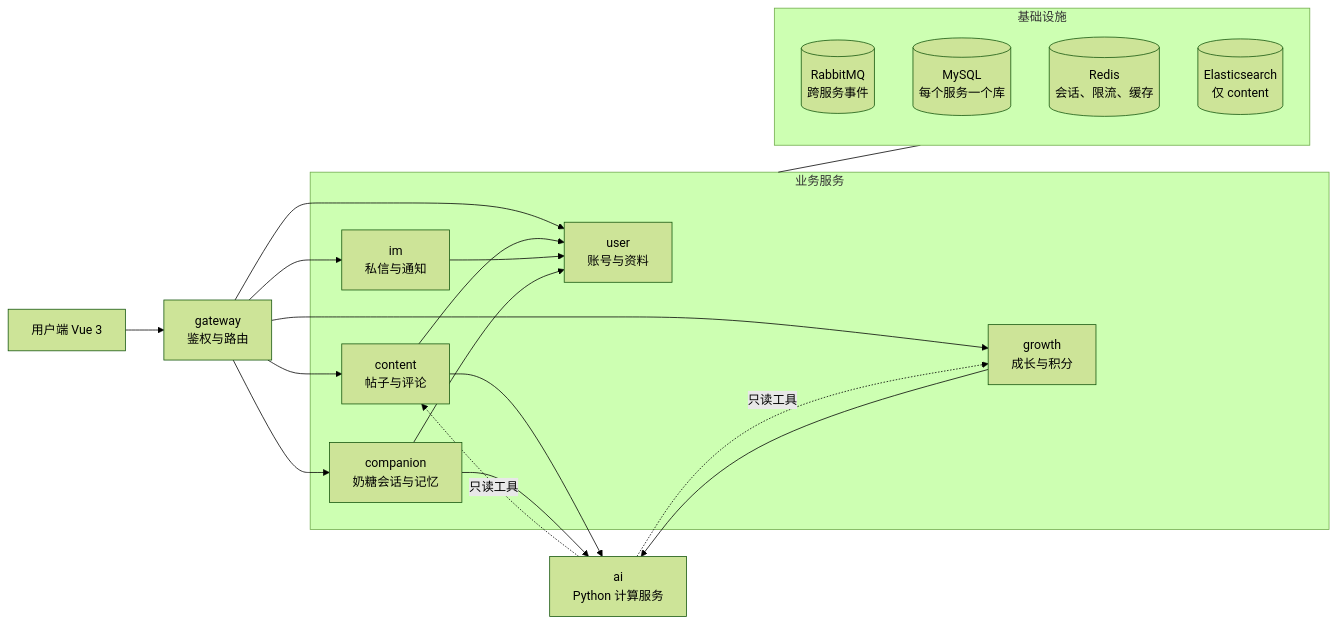
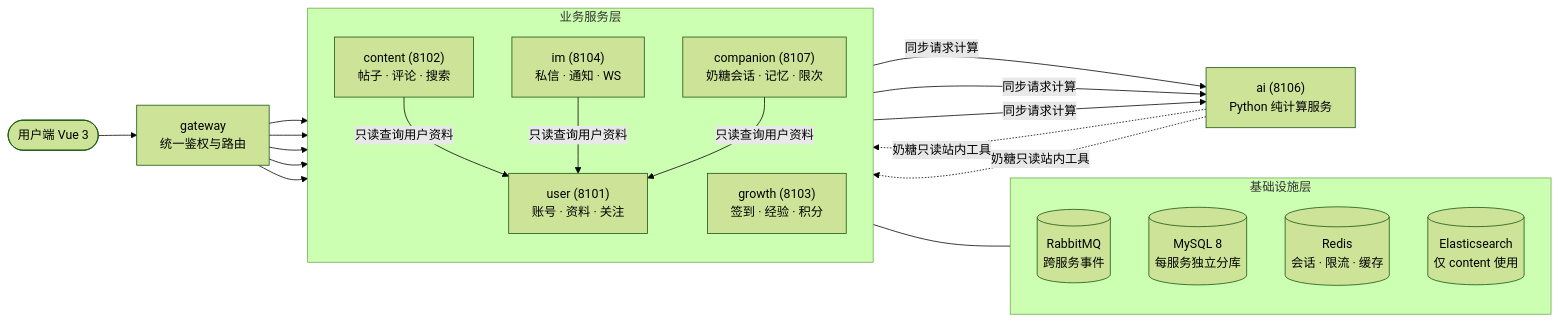
Diagram 11 of 14 in README.md (pluchon/meng_center), drawn with Mermaid (forest theme) before and after one commit. The commit also changed other lines of this file and 42 other files, not shown here.

Commit message:
feat: 主页加入奶糖桌宠并更新海报，重写 README 和项目截图

````diff
--- a/README.md
+++ b/README.md
@@ -112,33 +267,29 @@
 ```mermaid
 flowchart LR
-    FE[用户端 Vue 3] --> GW[gateway<br/>鉴权与路由]
+    FE([用户端 Vue 3]) --> GW["gateway<br/>统一鉴权与路由"]
 
-    subgraph 业务服务
-        USER[user<br/>账号与资料]
-        CONTENT[content<br/>帖子与评论]
-        GROWTH[growth<br/>成长与积分]
-        IM[im<br/>私信与通知]
-        COMP[companion<br/>奶糖会话与记忆]
+    subgraph BIZ [业务服务层]
+        direction TB
+        USER["user (8101)<br/>账号 · 资料 · 关注"]
+        CONTENT["content (8102)<br/>帖子 · 评论 · 搜索"]
+        GROWTH["growth (8103)<br/>签到 · 经验 · 积分"]
+        IM["im (8104)<br/>私信 · 通知 · WS"]
+        COMP["companion (8107)<br/>奶糖会话 · 记忆 · 限次"]
     end
 
     GW --> USER & CONTENT & GROWTH & IM & COMP
 
-    CONTENT --> USER
-    IM --> USER
-    COMP --> USER
+    CONTENT & IM & COMP -->|只读查询用户资料| USER
+    CONTENT & GROWTH & COMP -->|同步请求计算| AI["ai (8106)<br/>Python 纯计算服务"]
+    AI -.->|奶糖只读站内工具| CONTENT & GROWTH
 
-    CONTENT --> AI[ai<br/>Python 计算服务]
-    GROWTH --> AI
-    COMP --> AI
-    AI -. 只读工具 .-> CONTENT
-    AI -. 只读工具 .-> GROWTH
-
-    subgraph 基础设施
+    subgraph INFRA [基础设施层]
+        direction TB
         MQ[(RabbitMQ<br/>跨服务事件)]
-        DB[(MySQL<br/>每个服务一个库)]
-        RD[(Redis<br/>会话、限流、缓存)]
-        ES[(Elasticsearch<br/>仅 content)]
+        DB[(MySQL 8<br/>每服务独立分库)]
+        RD[(Redis<br/>会话 · 限流 · 缓存)]
+        ES[(Elasticsearch<br/>仅 content 使用)]
     end
 
-    业务服务 --- 基础设施
+    BIZ --- INFRA
 ```
````
